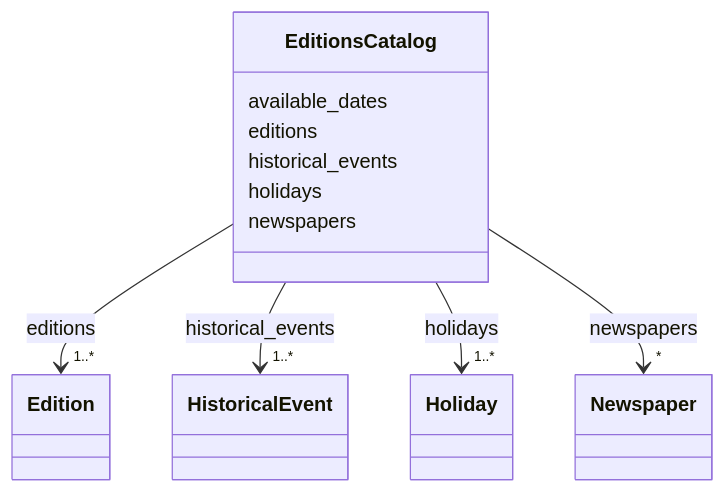
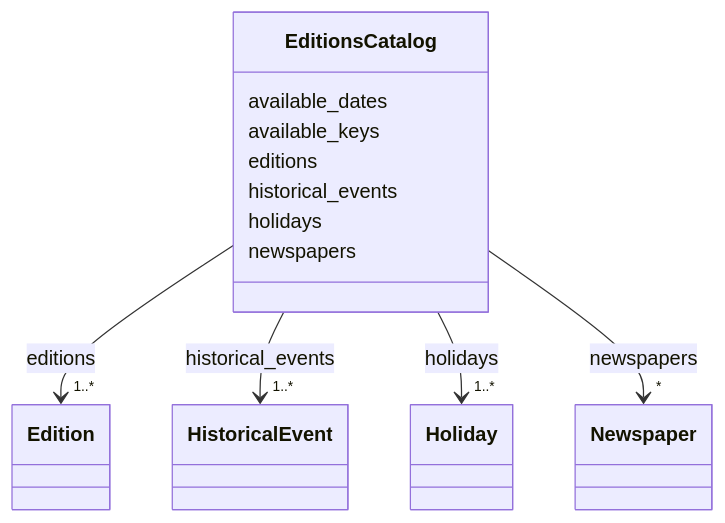
Before and after one commit to dsmedia/pruzhany-schema: the diagram in linkml/generated/docs/editions/EditionsCatalog.md, drawn with Mermaid. The commit also changed other lines of this file and 36 other files, not shown here.

First line of the commit message:
The catalog's available keys, and another paper's fates-list piece ids

````diff
--- a/linkml/generated/docs/editions/EditionsCatalog.md
+++ b/linkml/generated/docs/editions/EditionsCatalog.md
@@ -23,52 +23,54 @@
 ```mermaid
  classDiagram
     class EditionsCatalog
     click EditionsCatalog href "../EditionsCatalog/"
       EditionsCatalog : available_dates
+        
+      EditionsCatalog : available_keys
         
       EditionsCatalog : editions
         
           
     
         
         
         EditionsCatalog --> "1..*" Edition : editions
         click Edition href "../Edition/"
     
 
         
       EditionsCatalog : historical_events
         
           
     
         
         
         EditionsCatalog --> "1..*" HistoricalEvent : historical_events
         click HistoricalEvent href "../HistoricalEvent/"
     
 
         
       EditionsCatalog : holidays
         
           
     
         
         
         EditionsCatalog --> "1..*" Holiday : holidays
         click Holiday href "../Holiday/"
     
 
         
       EditionsCatalog : newspapers
         
           
     
         
         
         EditionsCatalog --> "*" Newspaper : newspapers
         click Newspaper href "../Newspaper/"
     
 
         
       
 ```
````
